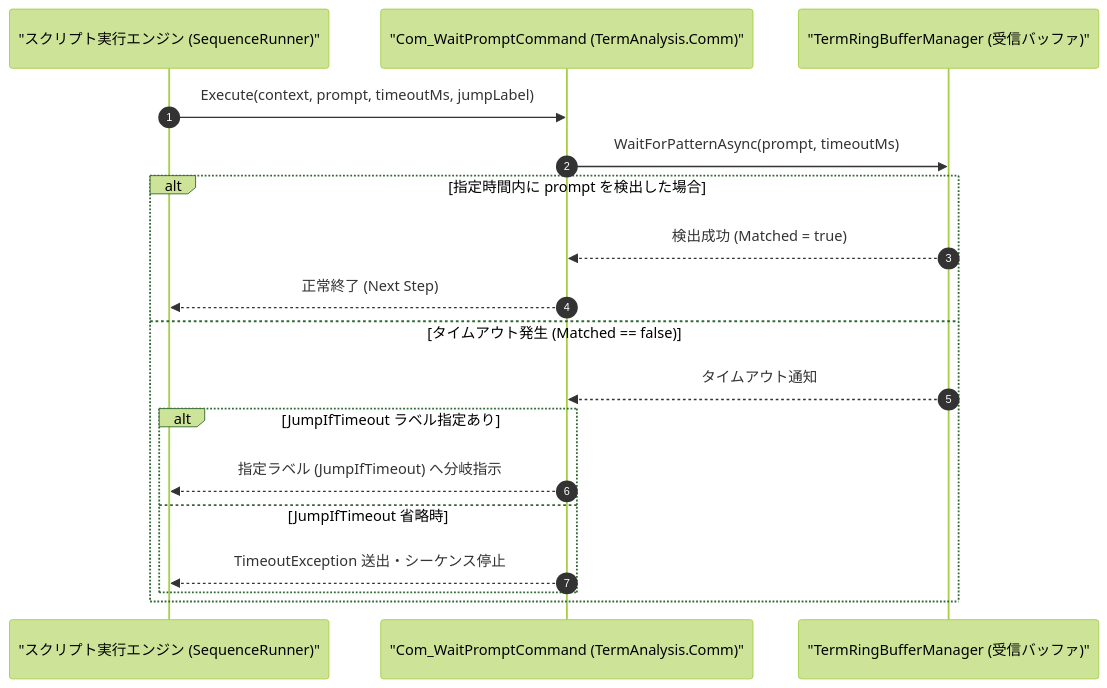
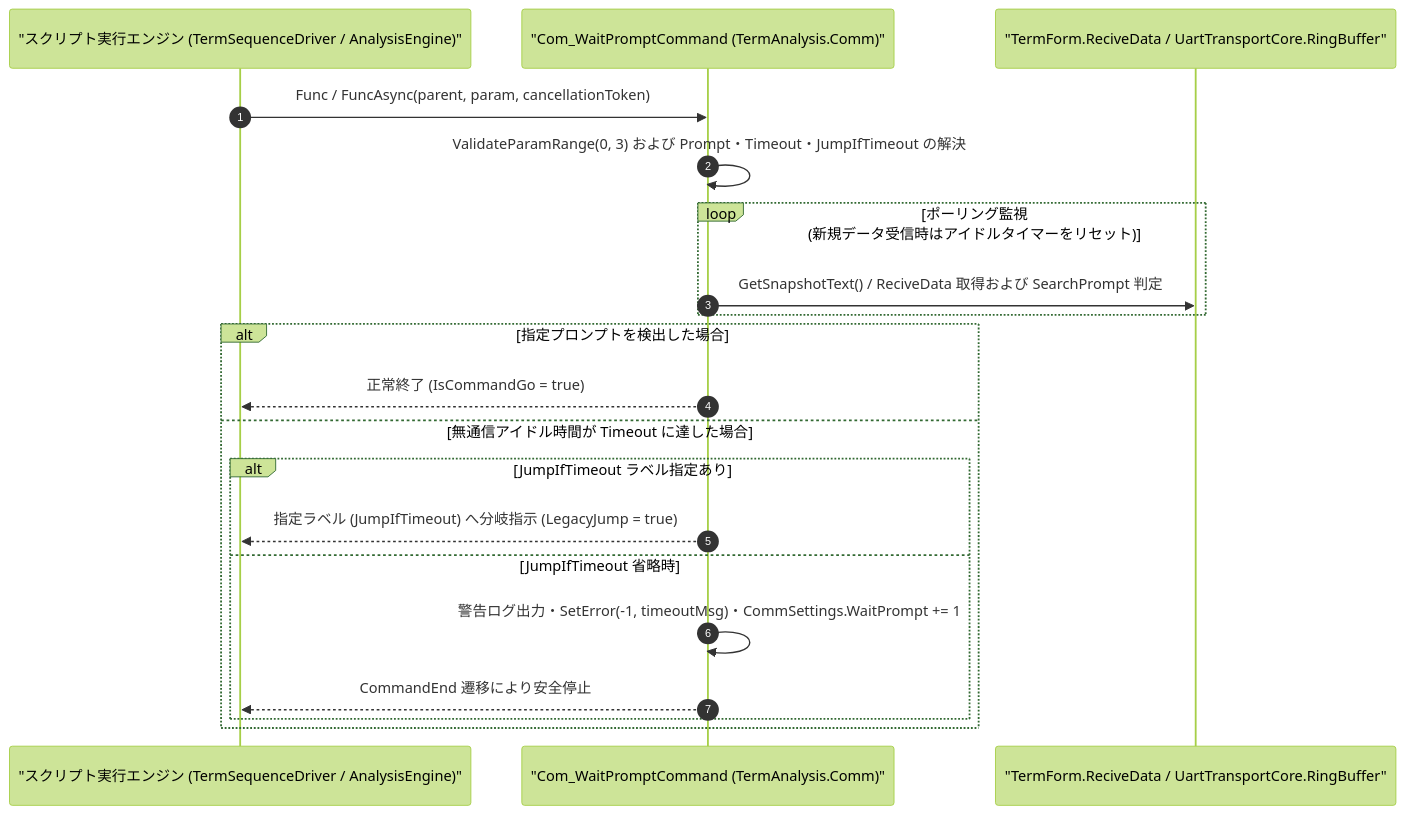
Before and after one commit to Monaca-App/TermAddIn_Comm: the diagram in Manual/Comm/Com_WaitPrompt.Md, drawn with Mermaid (forest theme). The commit also changed other lines of this file and 11 other files, not shown here.

````diff
--- a/Manual/Comm/Com_WaitPrompt.Md
+++ b/Manual/Comm/Com_WaitPrompt.Md
@@ -73,21 +80,23 @@
 ```mermaid
 sequenceDiagram
     autonumber
-    participant Script as "スクリプト実行エンジン (SequenceRunner)"
+    participant Script as "スクリプト実行エンジン (TermSequenceDriver / AnalysisEngine)"
     participant Cmd as "Com_WaitPromptCommand (TermAnalysis.Comm)"
-    participant Buf as "TermRingBufferManager (受信バッファ)"
+    participant Buf as "TermForm.ReciveData / UartTransportCore.RingBuffer"
 
-    Script->>Cmd: Execute(context, prompt, timeoutMs, jumpLabel)
-    Cmd->>Buf: WaitForPatternAsync(prompt, timeoutMs)
-    alt 指定時間内に prompt を検出した場合
-        Buf-->>Cmd: 検出成功 (Matched = true)
-        Cmd-->>Script: 正常終了 (Next Step)
-    else タイムアウト発生 (Matched == false)
-        Buf-->>Cmd: タイムアウト通知
+    Script->>Cmd: Func / FuncAsync(parent, param, cancellationToken)
+    Cmd->>Cmd: ValidateParamRange(0, 3) および Prompt・Timeout・JumpIfTimeout の解決
+    loop ポーリング監視 (新規データ受信時はアイドルタイマーをリセット)
+        Cmd->>Buf: GetSnapshotText() / ReciveData 取得および SearchPrompt 判定
+    end
+    alt 指定プロンプトを検出した場合
+        Cmd-->>Script: 正常終了 (IsCommandGo = true)
+    else 無通信アイドル時間が Timeout に達した場合
         alt JumpIfTimeout ラベル指定あり
-            Cmd-->>Script: 指定ラベル (JumpIfTimeout) へ分岐指示
+            Cmd-->>Script: 指定ラベル (JumpIfTimeout) へ分岐指示 (LegacyJump = true)
         else JumpIfTimeout 省略時
-            Cmd-->>Script: TimeoutException 送出・シーケンス停止
+            Cmd->>Cmd: 警告ログ出力・SetError(-1, timeoutMsg)・CommSettings.WaitPrompt += 1
+            Cmd-->>Script: CommandEnd 遷移により安全停止
         end
     end
 ```
````
